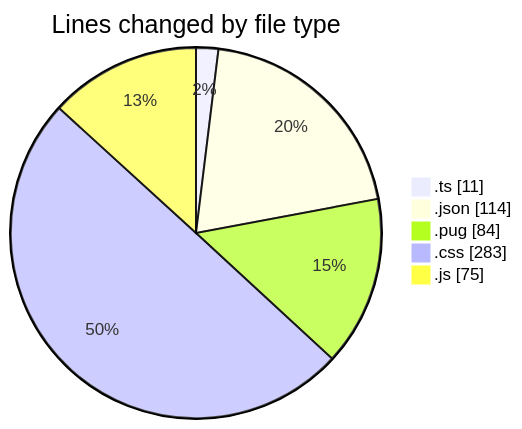
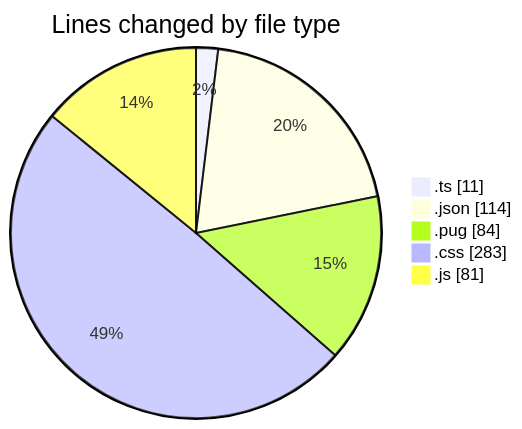
Before and after one commit to momahboobian/code-tracking: the first of 2 diagrams in 2025-02-24/cda/README.md, drawn with Mermaid. The commit also changed other lines of this file and 1 other file, not shown here.

````diff
--- a/2025-02-24/cda/README.md
+++ b/2025-02-24/cda/README.md
@@ -29,9 +29,9 @@
 ```mermaid
 pie showData
 title Lines changed by file type
 ".ts" : 11
 ".json" : 114
 ".pug" : 84
 ".css" : 283
-".js" : 75
+".js" : 81
 ```
````
